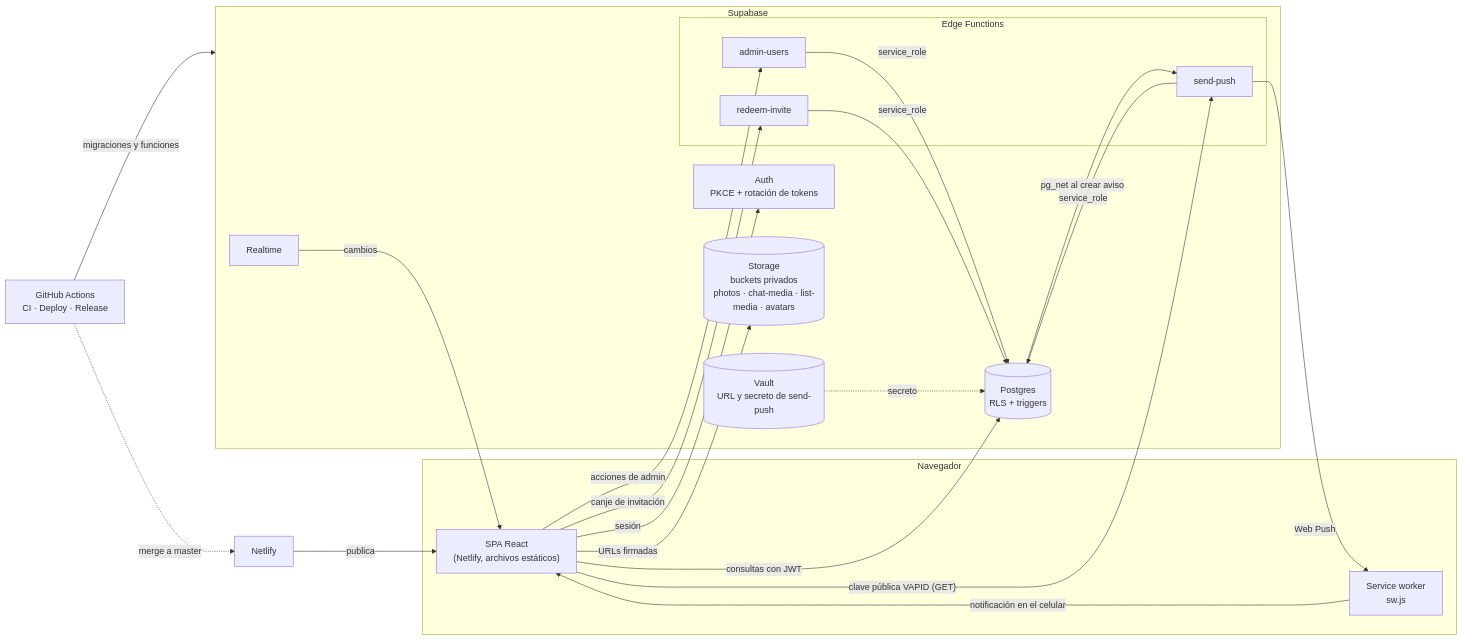
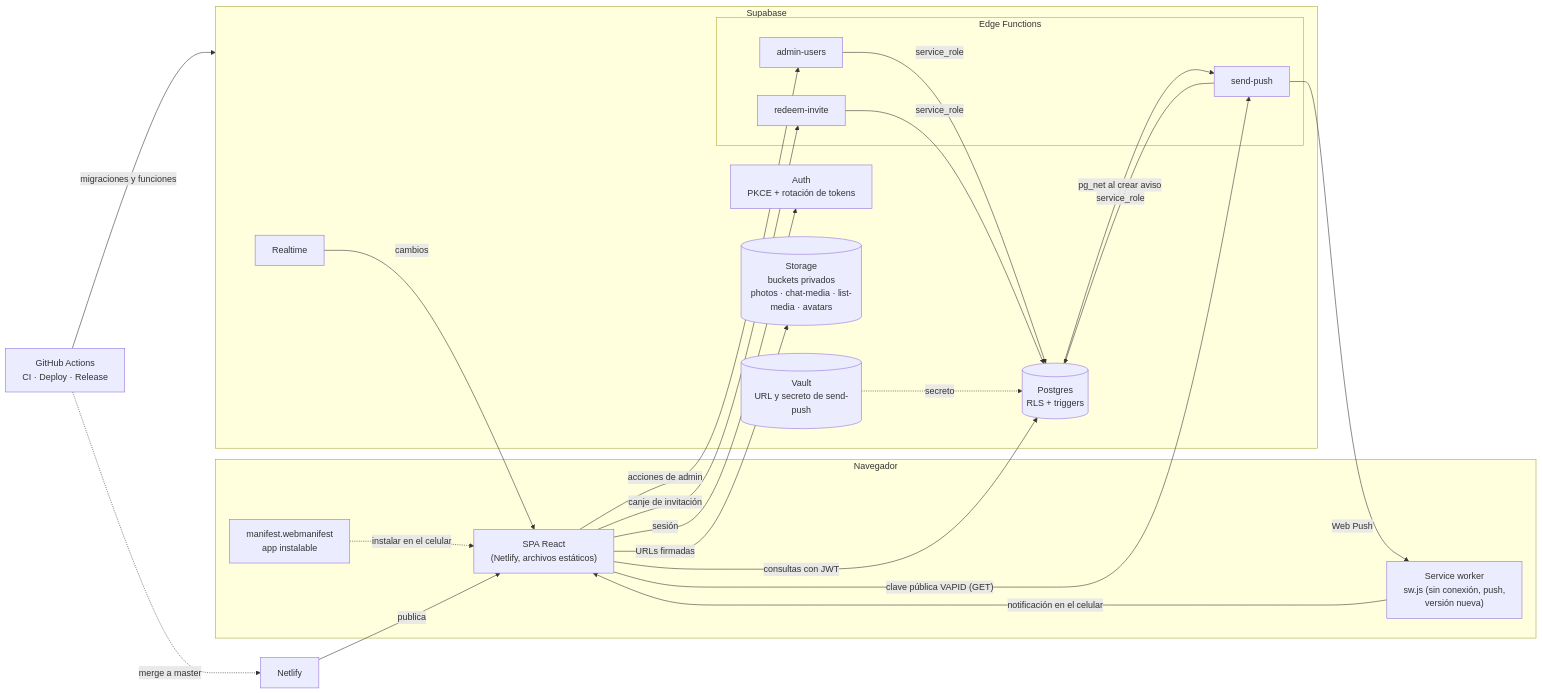
The first of 52 diagrams in docs/DIAGRAMAS.md (Juan-Carlos-Estevez-Vargas/Camila-Sanchez), drawn with Mermaid before and after one commit. The commit also changed other lines of this file and 7 other files, not shown here.

Commit message:
docs: app de celular, diagramas y README

````diff
--- a/docs/DIAGRAMAS.md
+++ b/docs/DIAGRAMAS.md
@@ -33,37 +34,39 @@
 ```mermaid
 flowchart LR
   subgraph Navegador
     SPA["SPA React<br/>(Netlify, archivos estáticos)"]
-    SW["Service worker<br/>sw.js"]
+    SW["Service worker<br/>sw.js (sin conexión, push,<br/>versión nueva)"]
+    MF["manifest.webmanifest<br/>app instalable"]
   end
   subgraph Supabase
     AUTH["Auth<br/>PKCE + rotación de tokens"]
     DB[("Postgres<br/>RLS + triggers")]
     ST[("Storage<br/>buckets privados<br/>photos · chat-media · list-media · avatars")]
     RT["Realtime"]
     VA[("Vault<br/>URL y secreto de send-push")]
     subgraph Edge["Edge Functions"]
       AU["admin-users"]
       RI["redeem-invite"]
       SP["send-push"]
     end
   end
   GH["GitHub Actions<br/>CI · Deploy · Release"]
   NL["Netlify"]
 
+  MF -. "instalar en el celular" .-> SPA
   SPA -- "sesión" --> AUTH
   SPA -- "consultas con JWT" --> DB
   SPA -- "URLs firmadas" --> ST
   RT -- "cambios" --> SPA
   SPA -- "acciones de admin" --> AU
   SPA -- "canje de invitación" --> RI
   DB -- "pg_net al crear aviso" --> SP
   VA -. "secreto" .-> DB
   SPA -- "clave pública VAPID (GET)" --> SP
   SP -- "Web Push" --> SW
   SW -- "notificación en el celular" --> SPA
   AU & RI & SP -- "service_role" --> DB
   GH -- "migraciones y funciones" --> Supabase
   GH -. "merge a master" .-> NL
   NL -- "publica" --> SPA
 ```
````
